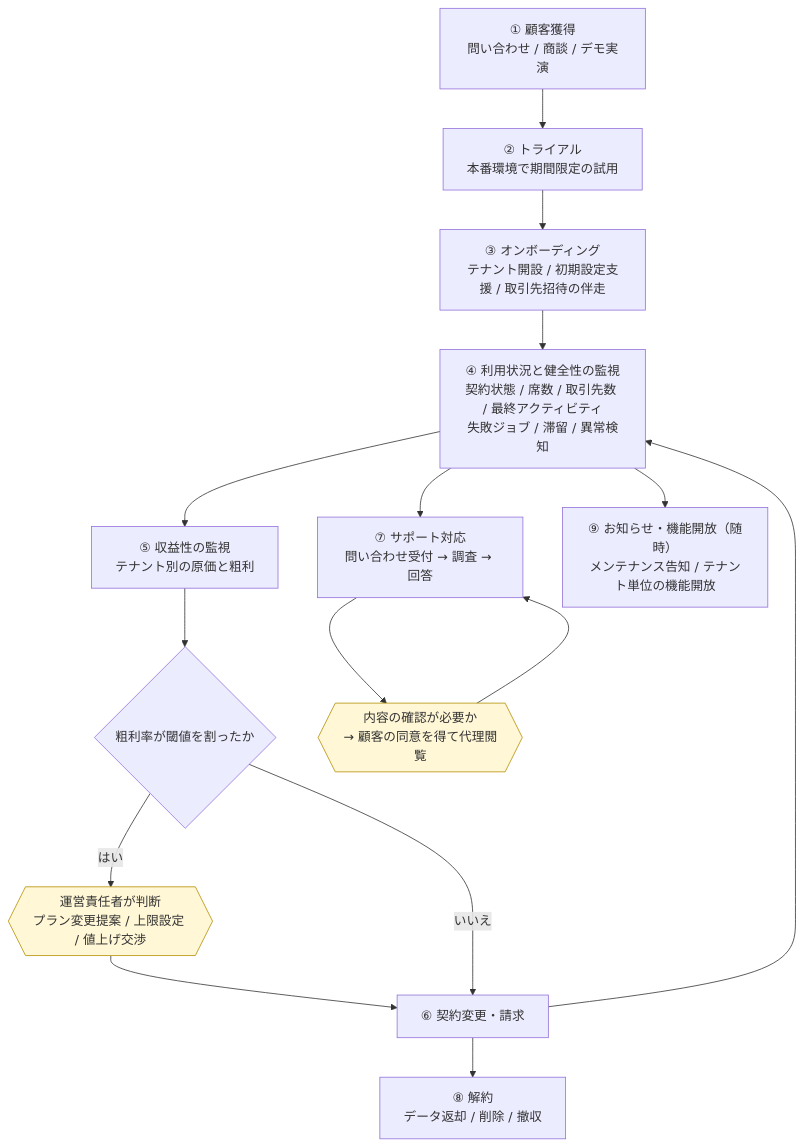
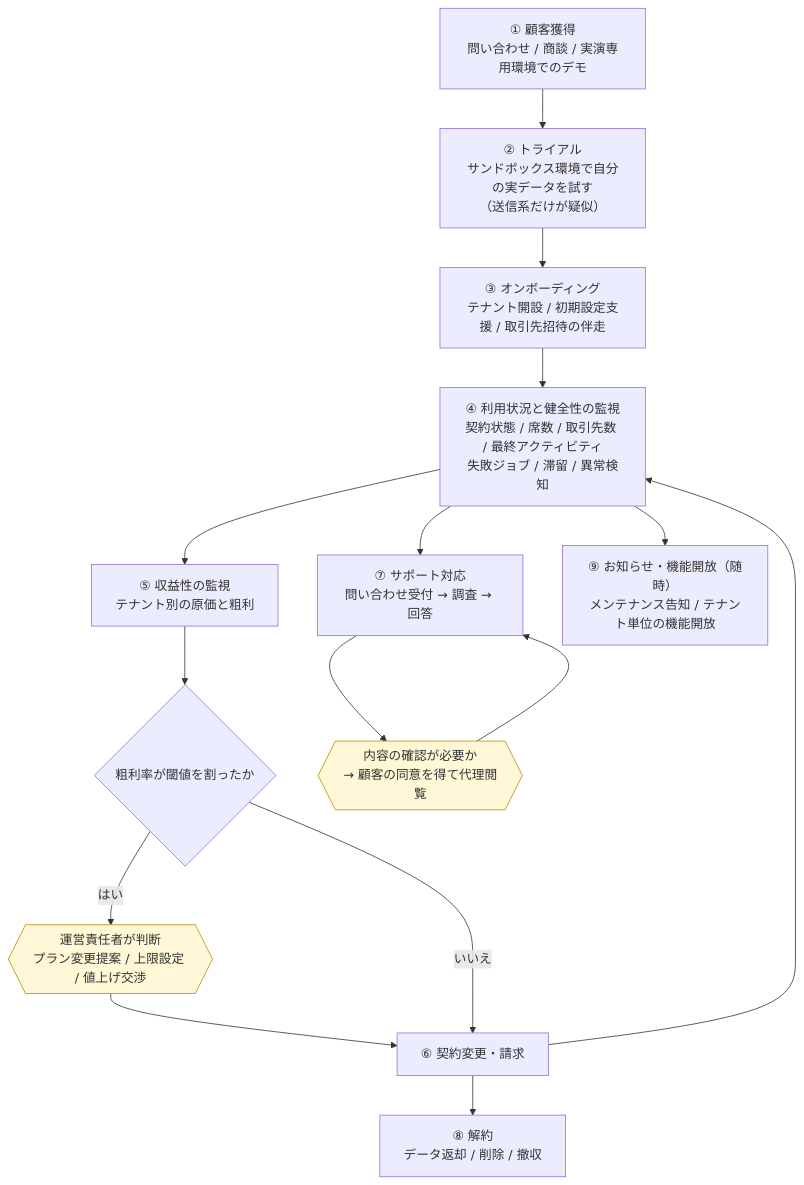
Before and after one commit to Festal-KM/SES-Platform: the fourth of 4 diagrams in docs/01-business-requirements.md, drawn with Mermaid. The commit also changed other lines of this file, not shown here.

````diff
--- a/docs/01-business-requirements.md
+++ b/docs/01-business-requirements.md
@@ -431,20 +416,20 @@
 ```mermaid
 flowchart TD
-  O1["① 顧客獲得<br/>問い合わせ / 商談 / デモ実演"] --> O2["② トライアル<br/>本番環境で期間限定の試用"]
+  O1["① 顧客獲得<br/>問い合わせ / 商談 / 実演専用環境でのデモ"] --> O2["② トライアル<br/>サンドボックス環境で自分の実データを試す<br/>（送信系だけが疑似）"]
   O2 --> O3["③ オンボーディング<br/>テナント開設 / 初期設定支援 / 取引先招待の伴走"]
   O3 --> O4["④ 利用状況と健全性の監視<br/>契約状態 / 席数 / 取引先数 / 最終アクティビティ<br/>失敗ジョブ / 滞留 / 異常検知"]
   O4 --> O5["⑤ 収益性の監視<br/>テナント別の原価と粗利"]
   O5 --> O6{"粗利率が閾値を割ったか"}
   O6 -- "はい" --> O7{{"運営責任者が判断<br/>プラン変更提案 / 上限設定 / 値上げ交渉"}}
   O7 --> O8["⑥ 契約変更・請求"]
   O6 -- "いいえ" --> O8
   O4 --> O9["⑦ サポート対応<br/>問い合わせ受付 → 調査 → 回答"]
   O9 --> O10{{"内容の確認が必要か<br/>→ 顧客の同意を得て代理閲覧"}}
   O10 --> O9
   O8 --> O4
   O8 --> O11["⑧ 解約<br/>データ返却 / 削除 / 撤収"]
   O4 --> O12["⑨ お知らせ・機能開放（随時）<br/>メンテナンス告知 / テナント単位の機能開放"]
 
   classDef human fill:#fff7d6,stroke:#b38f00;
   class O7,O10 human
 ```
````
